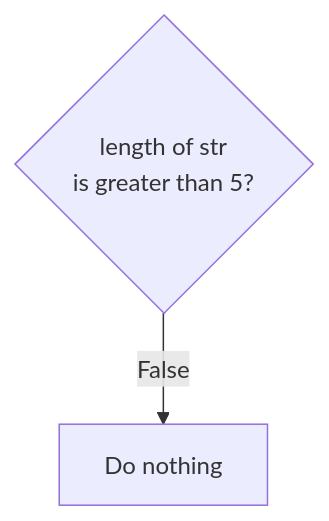
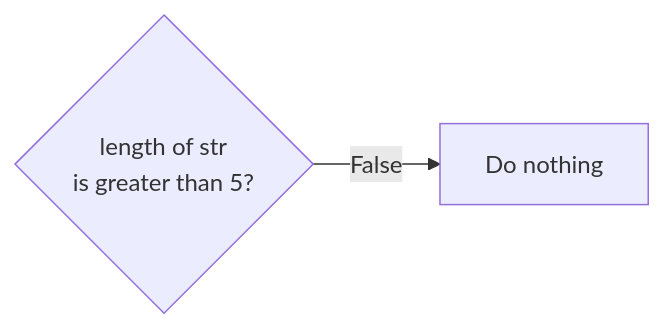
One commit to dgarhdez/dgarhdez.github.io changed the second of 5 diagrams in pda/05_conditionals/05_conditionals.md. Above: the diagram before and after it, drawn with Mermaid. The commit also changed other lines of this file and 2 other files, not shown here.

````diff
--- a/pda/05_conditionals/05_conditionals.md
+++ b/pda/05_conditionals/05_conditionals.md
@@ -55,4 +56,4 @@
-```mermaid
-graph TD
+<pre class="mermaid">
+graph LR
     A{length of str\nis greater than 5?} -->|False| B[Do nothing]
-```
+</pre>
````
